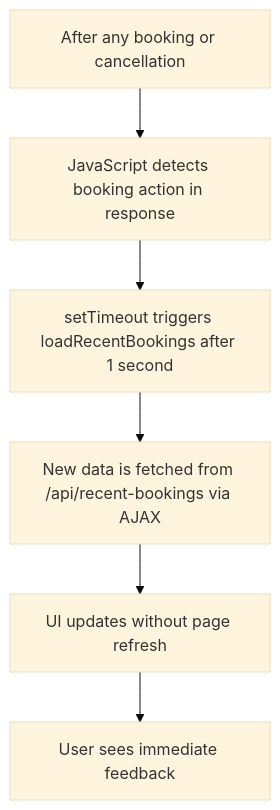
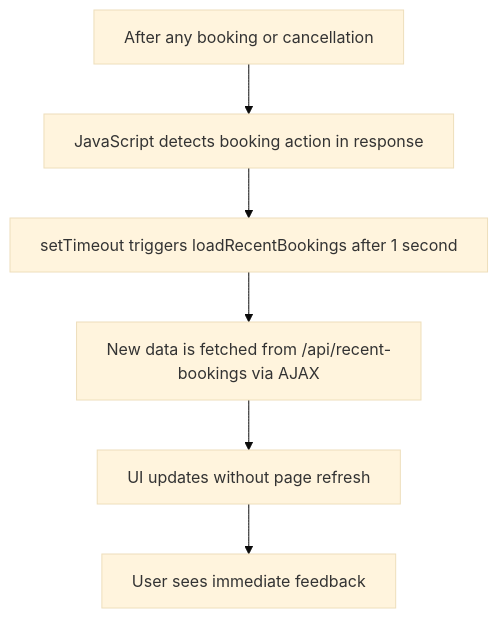
Diagram 12 of 15 in STEP_BY_STEP_GUIDE.md (chaitanyasaiyerra/Musuem-chatbot), drawn with Mermaid (base theme) before and after one commit. The commit also changed other lines of this file and 1 other file, not shown here.

Commit message:
docs: replace spaces with nbsp in mermaid diagrams to force single-line rendering

````diff
--- a/STEP_BY_STEP_GUIDE.md
+++ b/STEP_BY_STEP_GUIDE.md
@@ -185,8 +185,8 @@
 ```mermaid
 graph TD
-    A["After any booking or cancellation"] --> B["JavaScript detects booking action in response"]
-    B --> C["setTimeout triggers loadRecentBookings after 1 second"]
-    C --> D["New data is fetched from /api/recent-bookings via AJAX"]
-    D --> E["UI updates without page refresh"]
-    E --> F["User sees immediate feedback"]
+    A["After&nbsp;any&nbsp;booking&nbsp;or&nbsp;cancellation"] --> B["JavaScript&nbsp;detects&nbsp;booking&nbsp;action&nbsp;in&nbsp;response"]
+    B --> C["setTimeout&nbsp;triggers&nbsp;loadRecentBookings&nbsp;after&nbsp;1&nbsp;second"]
+    C --> D["New&nbsp;data&nbsp;is&nbsp;fetched&nbsp;from&nbsp;/api/recent-bookings&nbsp;via&nbsp;AJAX"]
+    D --> E["UI&nbsp;updates&nbsp;without&nbsp;page&nbsp;refresh"]
+    E --> F["User&nbsp;sees&nbsp;immediate&nbsp;feedback"]
 ```
````
